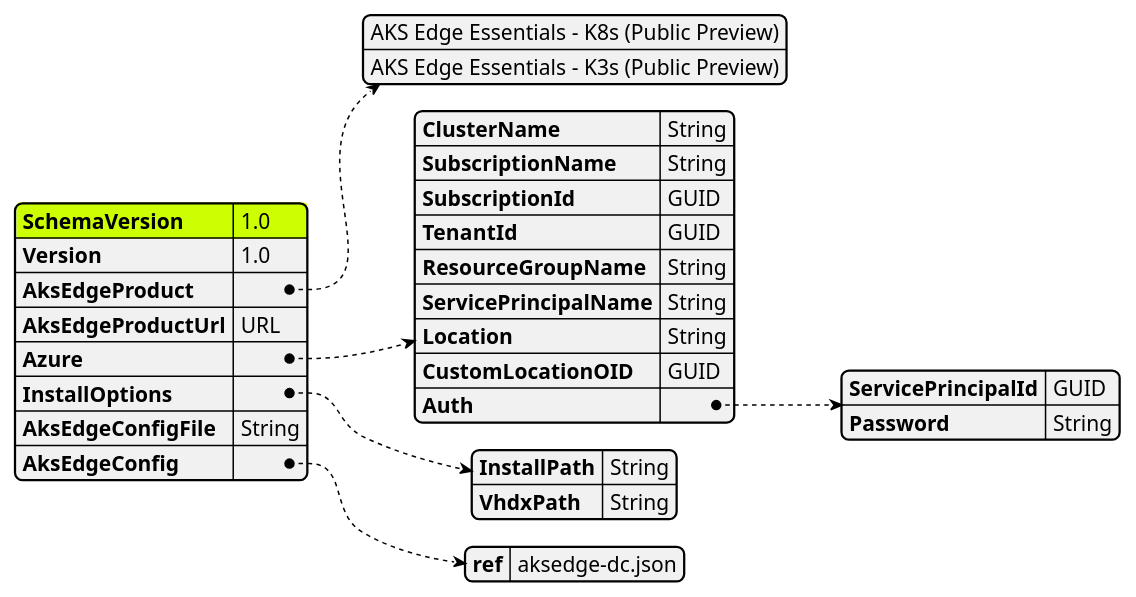
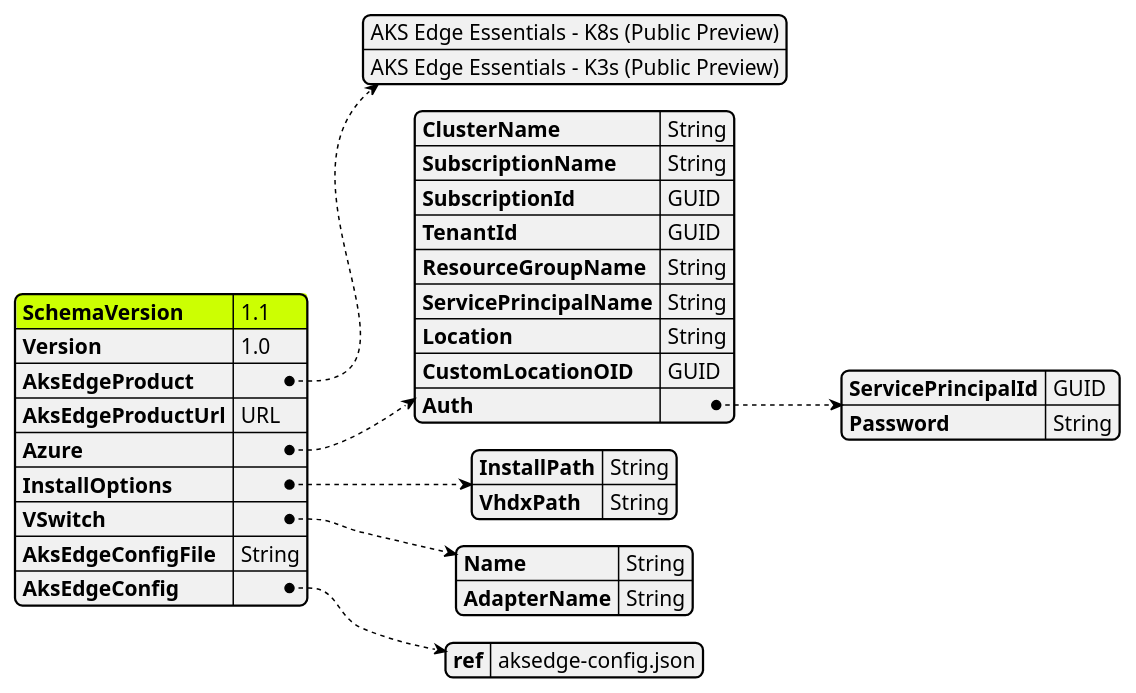
One commit to Azure/AKS-Edge changed the diagram in tools/modules/AksEdgeDeploy/aide-userconfig.puml. Above: the diagram before and after it, drawn with PlantUML. The commit also changed 16 other files, not shown here.

```diff
--- a/tools/modules/AksEdgeDeploy/aide-userconfig.puml
+++ b/tools/modules/AksEdgeDeploy/aide-userconfig.puml
@@ -1,60 +1,61 @@
 @startjson AksEdgeDeploy
 <style>
 jsonDiagram {
     node {
-        FontName Segoe UI SemiBold
-        FontColor blue
-        FontSize 14
+        FontSize 12
         RoundCorner 10
-        LineThickness 1
+        LineThickness 0.5
         separator {
             LineThickness 0.25
-            LineColor black
         }
     }
     arrow {
-        LineColor blue
-        LineThickness 1
-        LineStyle 2;5
+        LineThickness 0.5
+        LineStyle 2;6
     }
     highlight {
-        BackgroundColor Blue
+        BackgroundColor black
         FontColor White
     }
 }
 </style>
 #highlight "SchemaVersion"
 {
-    "SchemaVersion":"1.0",
+    "SchemaVersion":"1.1",
     "Version":"1.0",
     "AksEdgeProduct" : [
                 "AKS Edge Essentials - K8s (Public Preview)",
                 "AKS Edge Essentials - K3s (Public Preview)"
             ],
     "AksEdgeProductUrl" : "URL",
     "Azure":{
         "ClusterName":"String",
         "SubscriptionName":"String",
         "SubscriptionId": "GUID",
         "TenantId":"GUID",
         "ResourceGroupName": "String",
         "ServicePrincipalName" : "String",
         "Location" : "String",
         "CustomLocationOID":"GUID",
         "Auth": {
             "ServicePrincipalId" : "GUID",
             "Password" : "String"
         }
     }
     ,
     "InstallOptions":{
         "InstallPath":"String",
         "VhdxPath":"String"
     }
     ,
+    "VSwitch": {
+        "Name": "String",
+        "AdapterName": "String"
+    }
+    ,
     "AksEdgeConfigFile":"String",
     "AksEdgeConfig":{
-        "ref" :"aksedge-dc.json"
+        "ref" :"aksedge-config.json"
     }
 }
 @endjson
```
